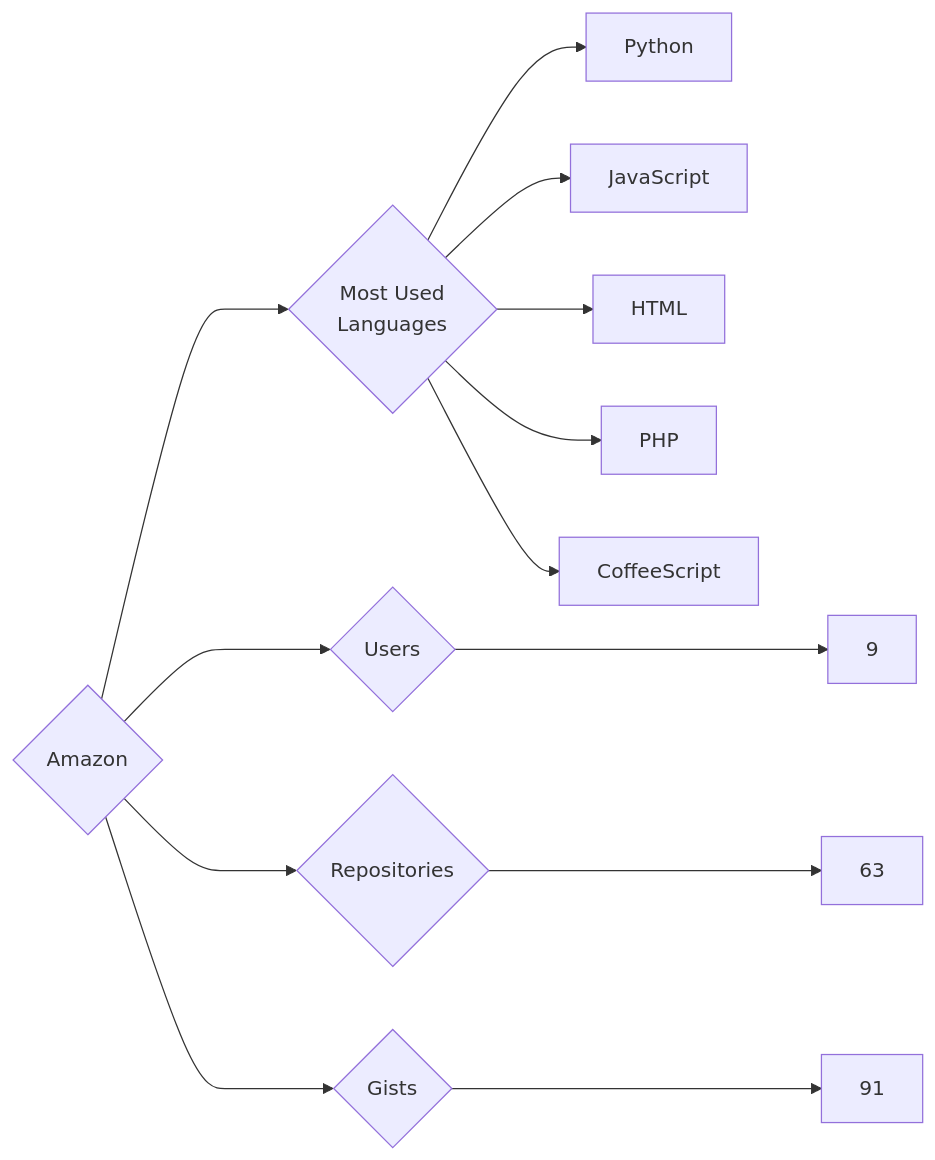
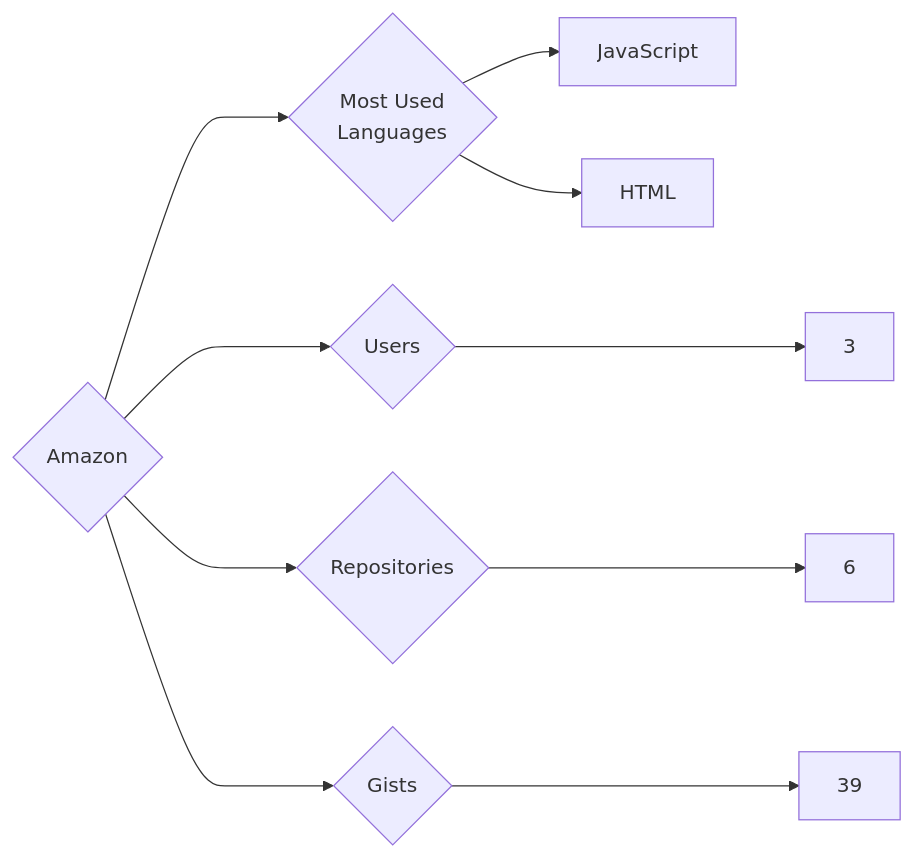
The diagram in targets/Amazon/README.md (trickest/insiders), drawn with Mermaid before and after one commit. The commit also changed 1092 other files, not shown here.

````diff
--- a/targets/Amazon/README.md
+++ b/targets/Amazon/README.md
@@ -3,13 +3,10 @@
 ```mermaid
 graph LR
 COMPANY_NAME{Amazon}
-COMPANY_NAME ---> U{Users} ---> UN[9]
-COMPANY_NAME ---> R{Repositories} ---> RN[63]
-COMPANY_NAME ---> G{Gists} ---> GN[91]
+COMPANY_NAME ---> U{Users} ---> UN[3]
+COMPANY_NAME ---> R{Repositories} ---> RN[6]
+COMPANY_NAME ---> G{Gists} ---> GN[39]
 COMPANY_NAME ---> ML{Most Used<br>Languages}
-ML --> Python[Python]
 ML --> JavaScript[JavaScript]
 ML --> HTML[HTML]
-ML --> PHP[PHP]
-ML --> CoffeeScript[CoffeeScript]
 ```
````
